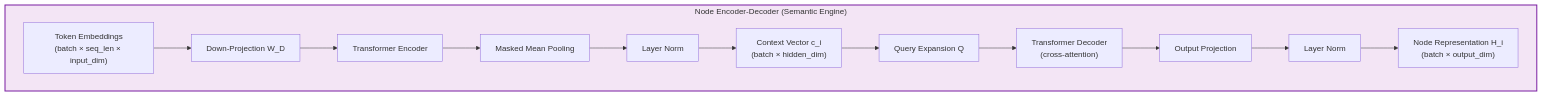
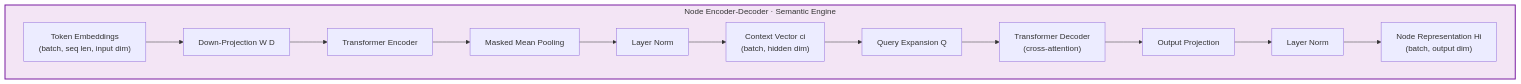
One commit to robguilarr/s-graphllm changed the diagram in docs/methodology/engine_node_encoder_decoder.md. Above: the diagram before and after it, drawn with Mermaid. The commit also changed 3 other files, not shown here.

Commit message:
Mermaid update

````diff
--- a/docs/methodology/engine_node_encoder_decoder.md
+++ b/docs/methodology/engine_node_encoder_decoder.md
@@ -16,18 +16,18 @@
 ```mermaid
 flowchart LR
-    subgraph NodeEncoderDecoder["Node Encoder-Decoder (Semantic Engine)"]
+    subgraph NodeEncoderDecoder["Node Encoder-Decoder · Semantic Engine"]
         direction LR
-        A["Token Embeddings<br/>(batch × seq_len × input_dim)"] --> B["Down-Projection W_D"]
+        A["Token Embeddings\n(batch, seq len, input dim)"] --> B["Down-Projection W D"]
         B --> C["Transformer Encoder"]
         C --> D["Masked Mean Pooling"]
         D --> E["Layer Norm"]
-        E --> F["Context Vector c_i<br/>(batch × hidden_dim)"]
+        E --> F["Context Vector ci\n(batch, hidden dim)"]
         F --> G["Query Expansion Q"]
-        G --> H["Transformer Decoder<br/>(cross-attention)"]
+        G --> H["Transformer Decoder\n(cross-attention)"]
         H --> I["Output Projection"]
         I --> J["Layer Norm"]
-        J --> K["Node Representation H_i<br/>(batch × output_dim)"]
+        J --> K["Node Representation Hi\n(batch, output dim)"]
     end
 
     style NodeEncoderDecoder fill:#f3e5f5,stroke:#7b1fa2,stroke-width:2px
 ```
````
